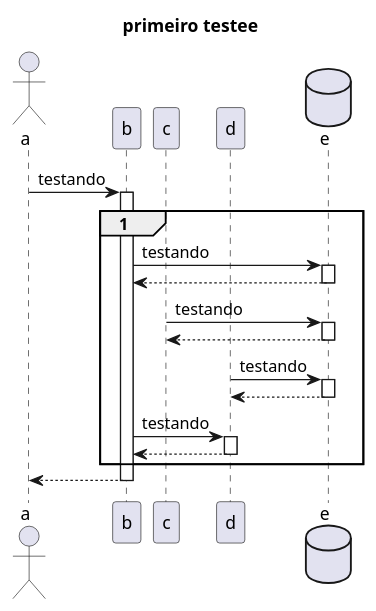
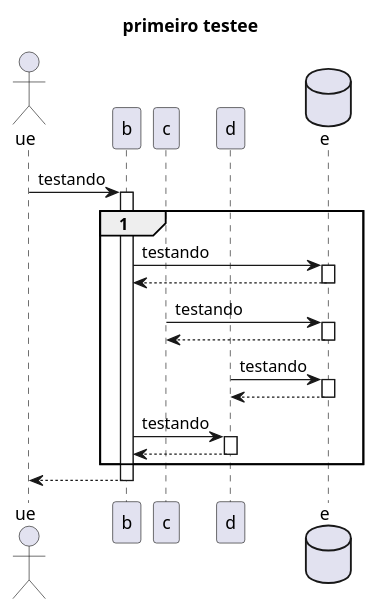
The diagram in docs/diagram/other.puml (lipefebn/spotify-crud), drawn with PlantUML before and after one commit.

```diff
--- a/docs/diagram/other.puml
+++ b/docs/diagram/other.puml
@@ -1,24 +1,24 @@
 @startuml
 
 title primeiro testee
 
-actor a
+actor ue
 participant b
 participant c
 participant d
 database    e
 
-a -> b ++ : testando
+ue -> b ++ : testando
 group 1
     b -> e ++ : testando
     return
     c -> e ++ : testando
     return
     d -> e ++ : testando
     return
     b -> d ++ : testando
     return
 end
 return
 
 @enduml
```
